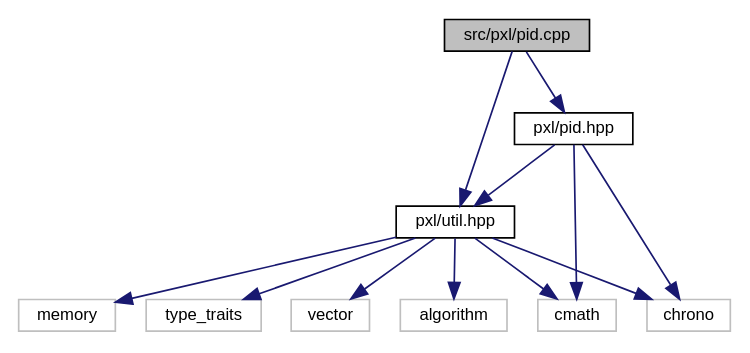
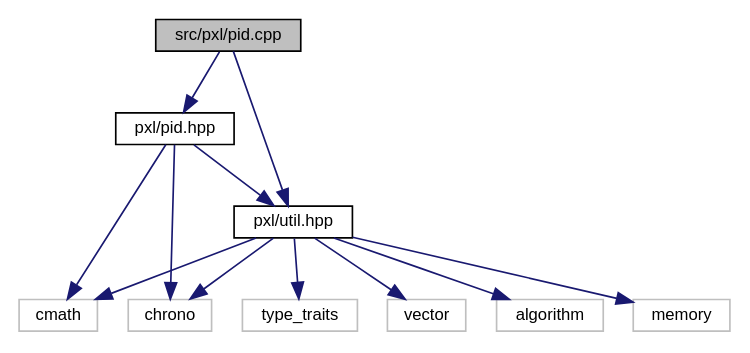
The diagram in pid_8cpp__incl.dot (Pixel-Lib/Pixel), drawn with Graphviz before and after one commit. The commit also changed 6 other files, not shown here.

```diff
--- a/pid_8cpp__incl.dot
+++ b/pid_8cpp__incl.dot
@@ -1,26 +1,26 @@
 digraph "src/pxl/pid.cpp"
 {
  // LATEX_PDF_SIZE
   edge [fontname="Helvetica",fontsize="10",labelfontname="Helvetica",labelfontsize="10"];
   node [fontname="Helvetica",fontsize="10",shape=record];
   Node1 [label="src/pxl/pid.cpp",height=0.2,width=0.4,color="black", fillcolor="grey75", style="filled", fontcolor="black",tooltip=" "];
   Node1 -> Node2 [color="midnightblue",fontsize="10",style="solid",fontname="Helvetica"];
-  Node2 [label="pxl/util.hpp",height=0.2,width=0.4,color="black", fillcolor="white", style="filled",URL="$util_8hpp.html",tooltip=" "];
+  Node2 [label="pxl/pid.hpp",height=0.2,width=0.4,color="black", fillcolor="white", style="filled",URL="$pid_8hpp.html",tooltip=" "];
   Node2 -> Node3 [color="midnightblue",fontsize="10",style="solid",fontname="Helvetica"];
-  Node3 [label="algorithm",height=0.2,width=0.4,color="grey75", fillcolor="white", style="filled",tooltip=" "];
+  Node3 [label="chrono",height=0.2,width=0.4,color="grey75", fillcolor="white", style="filled",tooltip=" "];
   Node2 -> Node4 [color="midnightblue",fontsize="10",style="solid",fontname="Helvetica"];
-  Node4 [label="chrono",height=0.2,width=0.4,color="grey75", fillcolor="white", style="filled",tooltip=" "];
+  Node4 [label="cmath",height=0.2,width=0.4,color="grey75", fillcolor="white", style="filled",tooltip=" "];
   Node2 -> Node5 [color="midnightblue",fontsize="10",style="solid",fontname="Helvetica"];
-  Node5 [label="cmath",height=0.2,width=0.4,color="grey75", fillcolor="white", style="filled",tooltip=" "];
-  Node2 -> Node6 [color="midnightblue",fontsize="10",style="solid",fontname="Helvetica"];
-  Node6 [label="memory",height=0.2,width=0.4,color="grey75", fillcolor="white", style="filled",tooltip=" "];
-  Node2 -> Node7 [color="midnightblue",fontsize="10",style="solid",fontname="Helvetica"];
-  Node7 [label="type_traits",height=0.2,width=0.4,color="grey75", fillcolor="white", style="filled",tooltip=" "];
-  Node2 -> Node8 [color="midnightblue",fontsize="10",style="solid",fontname="Helvetica"];
-  Node8 [label="vector",height=0.2,width=0.4,color="grey75", fillcolor="white", style="filled",tooltip=" "];
-  Node1 -> Node9 [color="midnightblue",fontsize="10",style="solid",fontname="Helvetica"];
-  Node9 [label="pxl/pid.hpp",height=0.2,width=0.4,color="black", fillcolor="white", style="filled",URL="$pid_8hpp.html",tooltip=" "];
-  Node9 -> Node4 [color="midnightblue",fontsize="10",style="solid",fontname="Helvetica"];
-  Node9 -> Node5 [color="midnightblue",fontsize="10",style="solid",fontname="Helvetica"];
-  Node9 -> Node2 [color="midnightblue",fontsize="10",style="solid",fontname="Helvetica"];
+  Node5 [label="pxl/util.hpp",height=0.2,width=0.4,color="black", fillcolor="white", style="filled",URL="$util_8hpp.html",tooltip=" "];
+  Node5 -> Node6 [color="midnightblue",fontsize="10",style="solid",fontname="Helvetica"];
+  Node6 [label="algorithm",height=0.2,width=0.4,color="grey75", fillcolor="white", style="filled",tooltip=" "];
+  Node5 -> Node3 [color="midnightblue",fontsize="10",style="solid",fontname="Helvetica"];
+  Node5 -> Node4 [color="midnightblue",fontsize="10",style="solid",fontname="Helvetica"];
+  Node5 -> Node7 [color="midnightblue",fontsize="10",style="solid",fontname="Helvetica"];
+  Node7 [label="memory",height=0.2,width=0.4,color="grey75", fillcolor="white", style="filled",tooltip=" "];
+  Node5 -> Node8 [color="midnightblue",fontsize="10",style="solid",fontname="Helvetica"];
+  Node8 [label="type_traits",height=0.2,width=0.4,color="grey75", fillcolor="white", style="filled",tooltip=" "];
+  Node5 -> Node9 [color="midnightblue",fontsize="10",style="solid",fontname="Helvetica"];
+  Node9 [label="vector",height=0.2,width=0.4,color="grey75", fillcolor="white", style="filled",tooltip=" "];
+  Node1 -> Node5 [color="midnightblue",fontsize="10",style="solid",fontname="Helvetica"];
 }
```
